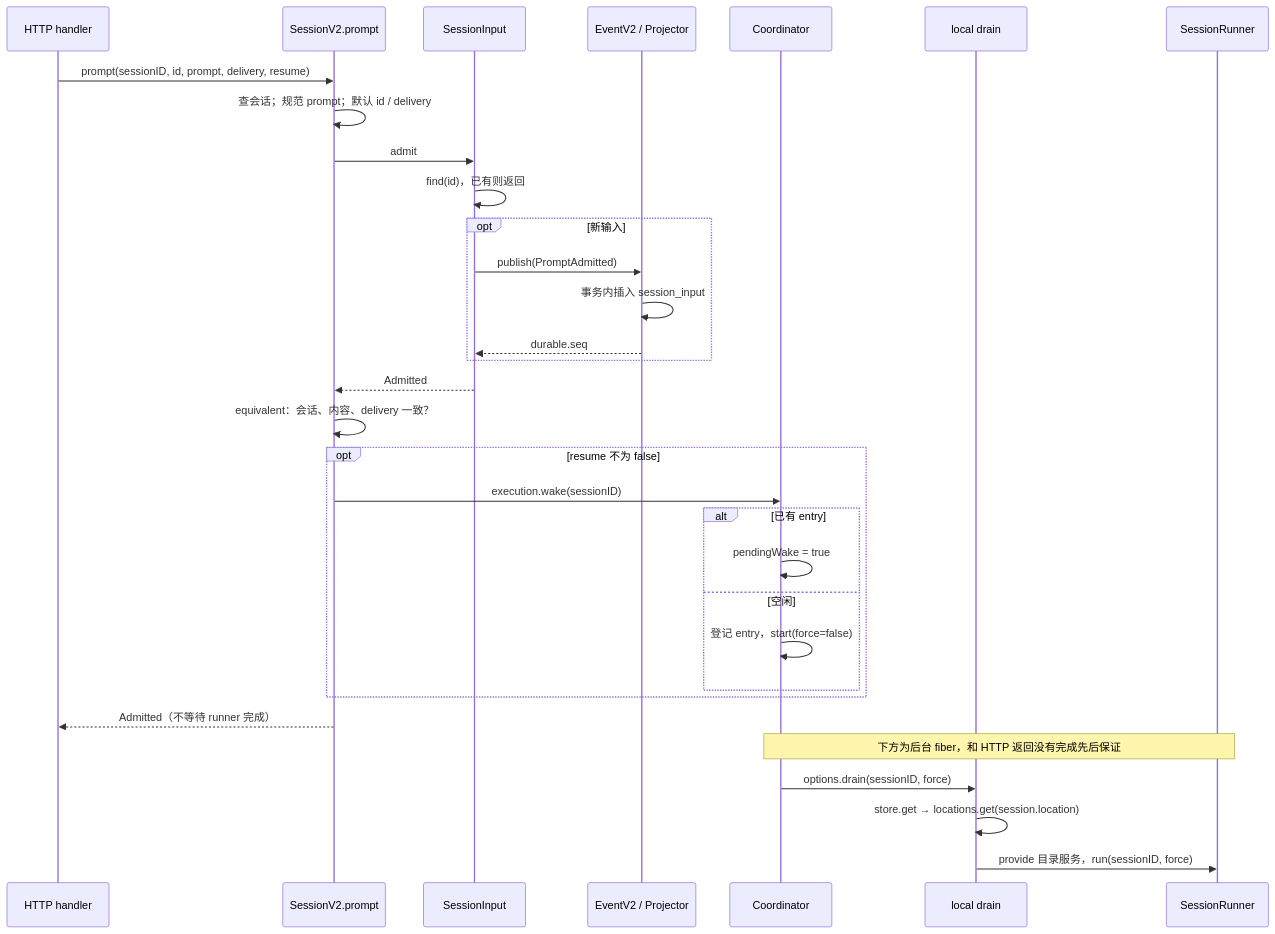
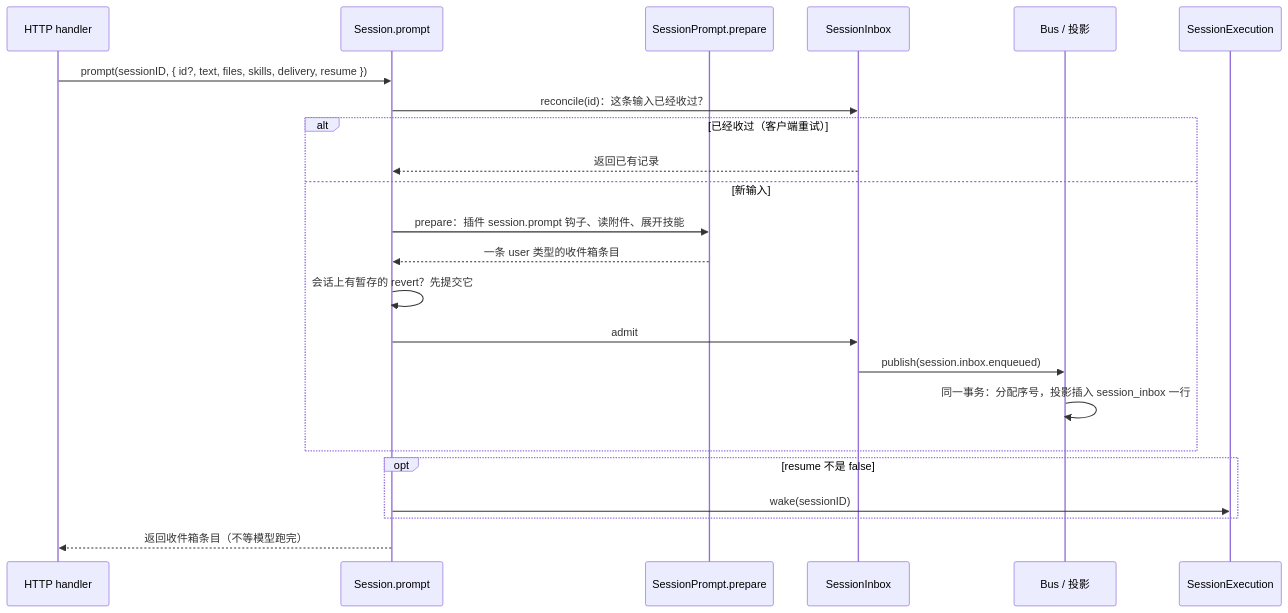
One commit to nickqiaoo/nickqiaoo.github.io changed the third of 13 diagrams in src/content/post/agents-opencode/index.md. Above: the diagram before and after it, drawn with Mermaid. The commit also changed other lines of this file and 1 other file, not shown here.

````diff
--- a/src/content/post/agents-opencode/index.md
+++ b/src/content/post/agents-opencode/index.md
@@ -71,34 +92,26 @@
 ```mermaid
 sequenceDiagram
   participant H as HTTP handler
-  participant S as SessionV2.prompt
-  participant IN as SessionInput
-  participant EV as EventV2 / Projector
-  participant CO as Coordinator
-  participant EX as local drain
-  participant RN as SessionRunner
-  H->>S: prompt(sessionID, id, prompt, delivery, resume)
-  S->>S: 查会话；规范 prompt；默认 id / delivery
-  S->>IN: admit
-  IN->>IN: find(id)，已有则返回
-  opt 新输入
-    IN->>EV: publish(PromptAdmitted)
-    EV->>EV: 事务内插入 session_input
-    EV-->>IN: durable.seq
+  participant S as Session.prompt
+  participant P as SessionPrompt.prepare
+  participant IN as SessionInbox
+  participant B as Bus / 投影
+  participant EX as SessionExecution
+
+  H->>S: prompt(sessionID, { id?, text, files, skills, delivery, resume })
+  S->>IN: reconcile(id)：这条输入已经收过？
+  alt 已经收过（客户端重试）
+    IN-->>S: 返回已有记录
+  else 新输入
+    S->>P: prepare：插件 session.prompt 钩子、读附件、展开技能
+    P-->>S: 一条 user 类型的收件箱条目
+    S->>S: 会话上有暂存的 revert？先提交它
+    S->>IN: admit
+    IN->>B: publish(session.inbox.enqueued)
+    B->>B: 同一事务：分配序号，投影插入 session_inbox 一行
   end
-  IN-->>S: Admitted
-  S->>S: equivalent：会话、内容、delivery 一致？
-  opt resume 不为 false
-    S->>CO: execution.wake(sessionID)
-    alt 已有 entry
-      CO->>CO: pendingWake = true
-    else 空闲
-      CO->>CO: 登记 entry，start(force=false)
-    end
+  opt resume 不是 false
+    S->>EX: wake(sessionID)
   end
-  S-->>H: Admitted（不等待 runner 完成）
-  Note over CO,RN: 下方为后台 fiber，和 HTTP 返回没有完成先后保证
-  CO->>EX: options.drain(sessionID, force)
-  EX->>EX: store.get → locations.get(session.location)
-  EX->>RN: provide 目录服务，run(sessionID, force)
+  S-->>H: 返回收件箱条目（不等模型跑完）
 ```
````
